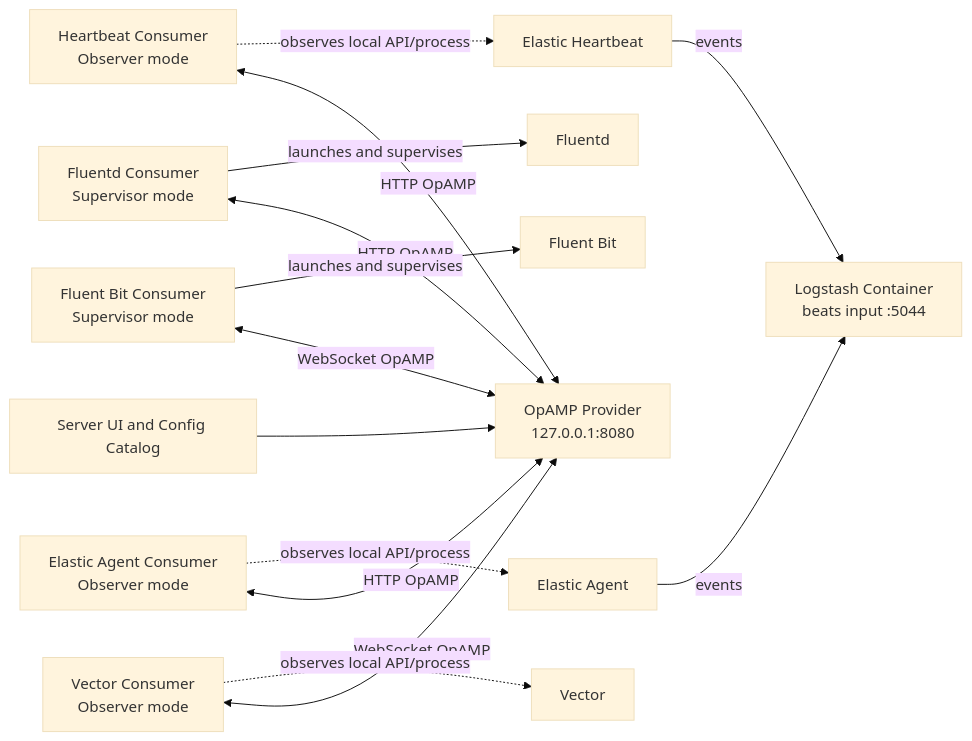
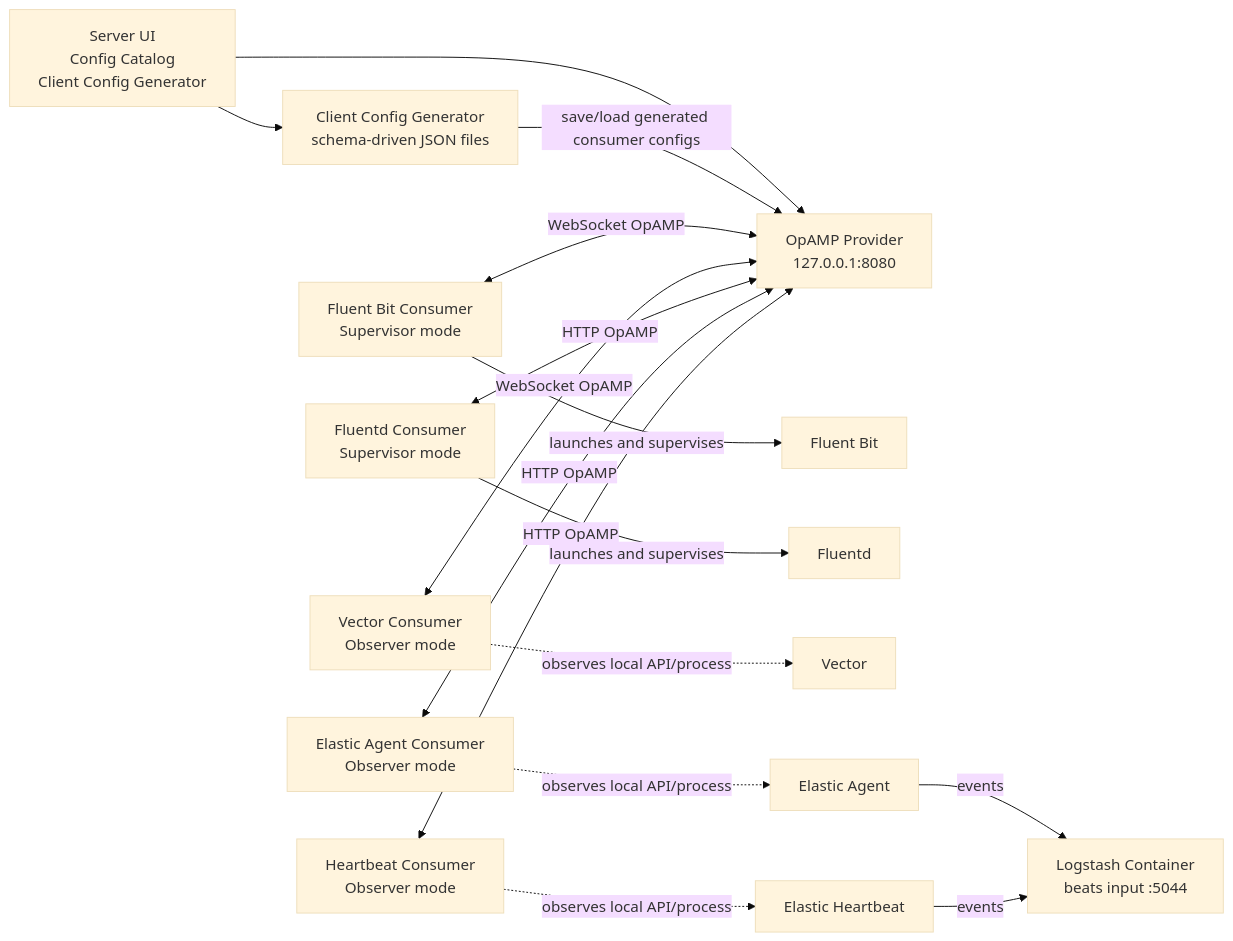
Before and after one commit to opamp-observe/opamp-core: the first of 3 diagrams in docs/full-demo/presentation-overview.md, drawn with Mermaid (base theme). The commit also changed other lines of this file and 4 other files, not shown here.

````diff
--- a/docs/full-demo/presentation-overview.md
+++ b/docs/full-demo/presentation-overview.md
@@ -18,35 +18,38 @@
 ```mermaid
 flowchart LR
-    UI[Server UI and Config Catalog]
+    UI[Server UI<br/>Config Catalog<br/>Client Config Generator]
     Provider[OpAMP Provider<br/>127.0.0.1:8080]
+    Generator[Client Config Generator<br/>schema-driven JSON files]
     Logstash[Logstash Container<br/>beats input :5044]
 
     FBC[Fluent Bit Consumer<br/>Supervisor mode]
     FDC[Fluentd Consumer<br/>Supervisor mode]
     VC[Vector Consumer<br/>Observer mode]
     EAC[Elastic Agent Consumer<br/>Observer mode]
     HBC[Heartbeat Consumer<br/>Observer mode]
 
     FB[Fluent Bit]
     FD[Fluentd]
     V[Vector]
     EA[Elastic Agent]
     HB[Elastic Heartbeat]
 
     UI --> Provider
+    UI --> Generator
+    Generator -->|save/load generated consumer configs| Provider
 
     FBC <-->|WebSocket OpAMP| Provider
     VC <-->|WebSocket OpAMP| Provider
     FDC <-->|HTTP OpAMP| Provider
     EAC <-->|HTTP OpAMP| Provider
     HBC <-->|HTTP OpAMP| Provider
 
     FBC -->|launches and supervises| FB
     FDC -->|launches and supervises| FD
     VC -.->|observes local API/process| V
     EAC -.->|observes local API/process| EA
     HBC -.->|observes local API/process| HB
 
     EA -->|events| Logstash
     HB -->|events| Logstash
 ```
````
